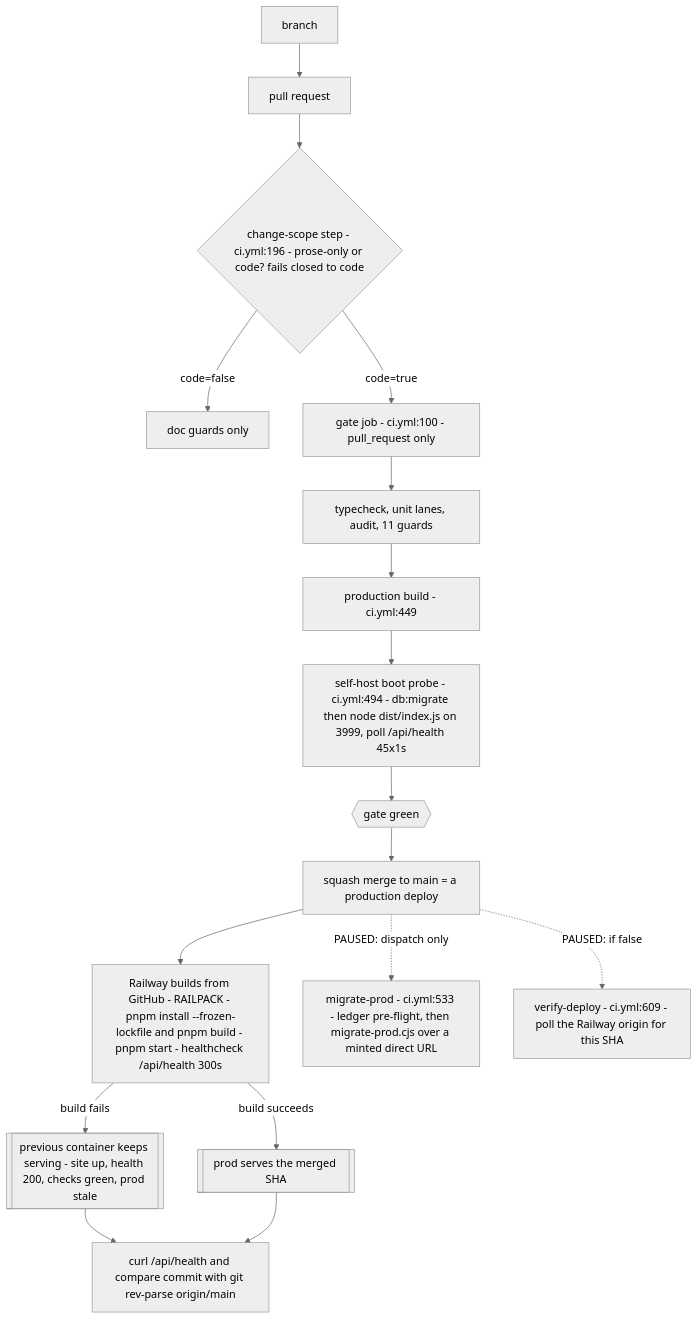
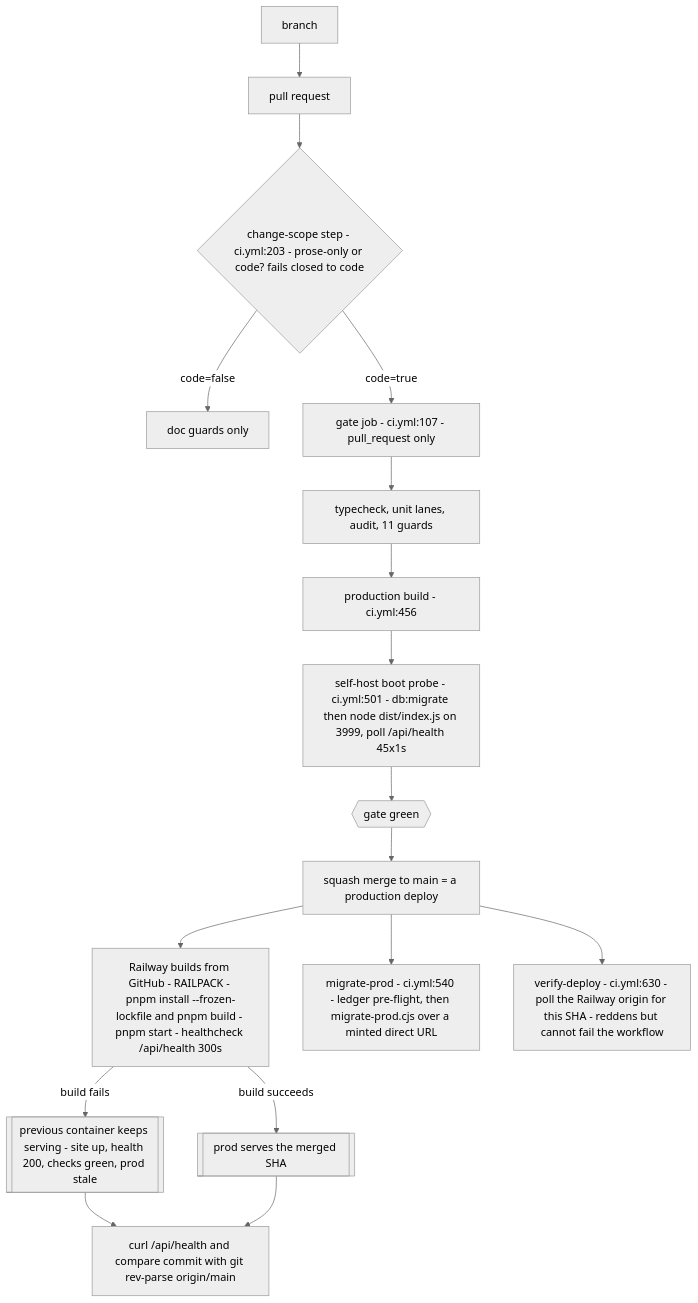
The diagram in knowledge-base/handoff/10-deploy-environments-migrations.md (barakatammre84/Homiquity), drawn with Mermaid (neutral theme) before and after one commit. The commit also changed other lines of this file and 19 other files, not shown here.

````diff
--- a/knowledge-base/handoff/10-deploy-environments-migrations.md
+++ b/knowledge-base/handoff/10-deploy-environments-migrations.md
@@ -43,19 +47,19 @@
 ```mermaid
 flowchart TD
   BR["branch"] --> PR["pull request"]
-  PR --> SCOPE{"change-scope step - ci.yml:196 - prose-only or code? fails closed to code"}
+  PR --> SCOPE{"change-scope step - ci.yml:203 - prose-only or code? fails closed to code"}
   SCOPE -- "code=false" --> DOCG["doc guards only"]
-  SCOPE -- "code=true" --> GATE["gate job - ci.yml:100 - pull_request only"]
+  SCOPE -- "code=true" --> GATE["gate job - ci.yml:107 - pull_request only"]
   GATE --> TC["typecheck, unit lanes, audit, 11 guards"]
-  TC --> BUILD["production build - ci.yml:449"]
-  BUILD --> BOOT["self-host boot probe - ci.yml:494 - db:migrate then node dist/index.js on 3999, poll /api/health 45x1s"]
+  TC --> BUILD["production build - ci.yml:456"]
+  BUILD --> BOOT["self-host boot probe - ci.yml:501 - db:migrate then node dist/index.js on 3999, poll /api/health 45x1s"]
   BOOT --> GREEN{{"gate green"}}
   GREEN --> MERGE["squash merge to main = a production deploy"]
   MERGE --> RW["Railway builds from GitHub - RAILPACK - pnpm install --frozen-lockfile and pnpm build - pnpm start - healthcheck /api/health 300s"]
-  MERGE -. "PAUSED: dispatch only" .-> MIG["migrate-prod - ci.yml:533 - ledger pre-flight, then migrate-prod.cjs over a minted direct URL"]
-  MERGE -. "PAUSED: if false" .-> VD["verify-deploy - ci.yml:609 - poll the Railway origin for this SHA"]
+  MERGE --> MIG["migrate-prod - ci.yml:540 - ledger pre-flight, then migrate-prod.cjs over a minted direct URL"]
+  MERGE --> VD["verify-deploy - ci.yml:630 - poll the Railway origin for this SHA - reddens but cannot fail the workflow"]
   RW -- "build fails" --> STALE[["previous container keeps serving - site up, health 200, checks green, prod stale"]]
   RW -- "build succeeds" --> LIVE[["prod serves the merged SHA"]]
   STALE --> PROOF["curl /api/health and compare commit with git rev-parse origin/main"]
   LIVE --> PROOF
 ```
````
